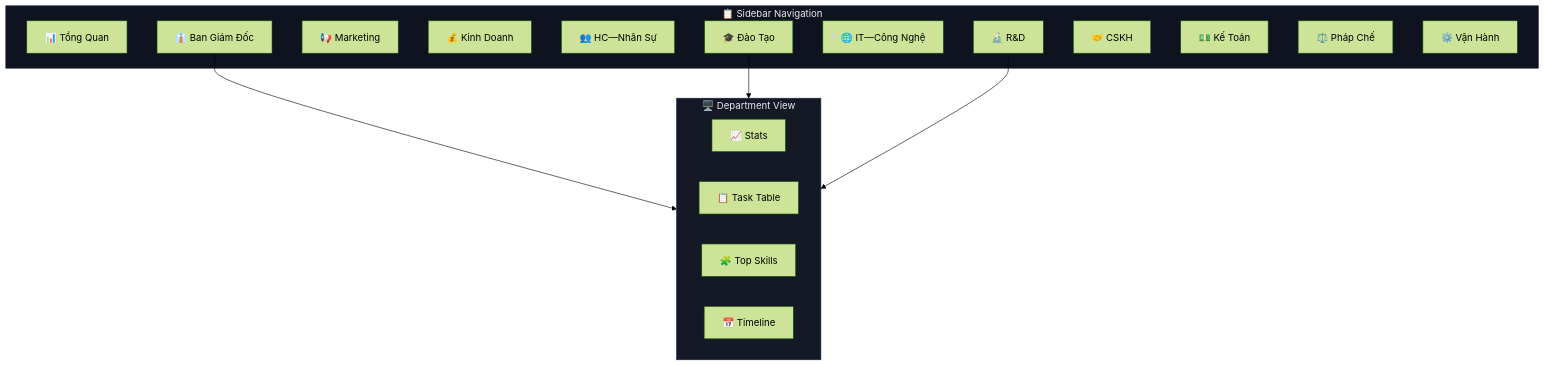
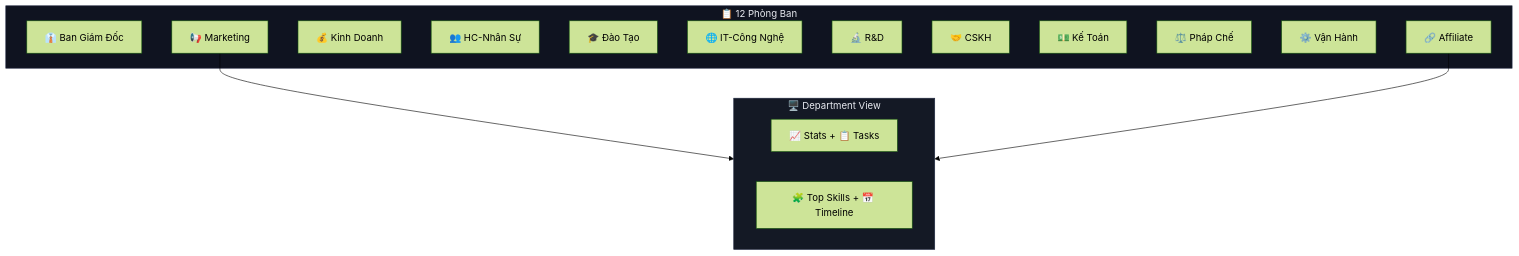
The ninth of 10 diagrams in README.md (xaotiensinh-abm/abm-workforce), drawn with Mermaid (forest theme) before and after one commit. The commit also changed other lines of this file and 65 other files, not shown here.

````diff
--- a/README.md
+++ b/README.md
@@ -414,30 +394,27 @@
 ```mermaid
 graph TB
-    subgraph SIDEBAR["📋 Sidebar Navigation"]
-        OV["📊 Tổng Quan"]
+    subgraph SIDEBAR["📋 12 Phòng Ban"]
         D1["👔 Ban Giám Đốc"]
         D2["📢 Marketing"]
         D3["💰 Kinh Doanh"]
-        D4["👥 HC—Nhân Sự"]
+        D4["👥 HC-Nhân Sự"]
         D5["🎓 Đào Tạo"]
-        D6["🌐 IT—Công Nghệ"]
+        D6["🌐 IT-Công Nghệ"]
         D7["🔬 R&D"]
         D8["🤝 CSKH"]
         D9["💵 Kế Toán"]
         D10["⚖️ Pháp Chế"]
         D11["⚙️ Vận Hành"]
+        D12["🔗 Affiliate"]
     end
     subgraph VIEW["🖥️ Department View"]
-        S["📈 Stats"]
-        T["📋 Task Table"]
-        SK["🧩 Top Skills"]
-        TL["📅 Timeline"]
+        S["📈 Stats + 📋 Tasks"]
+        SK["🧩 Top Skills + 📅 Timeline"]
     end
 
-    D1 --> VIEW
-    D5 --> VIEW
-    D7 --> VIEW
+    D2 --> VIEW
+    D12 --> VIEW
 
     style SIDEBAR fill:#0f1320,color:#e8eaf0,stroke:#1e2740
     style VIEW fill:#141925,color:#e8eaf0,stroke:#1e2740
 ```
````
